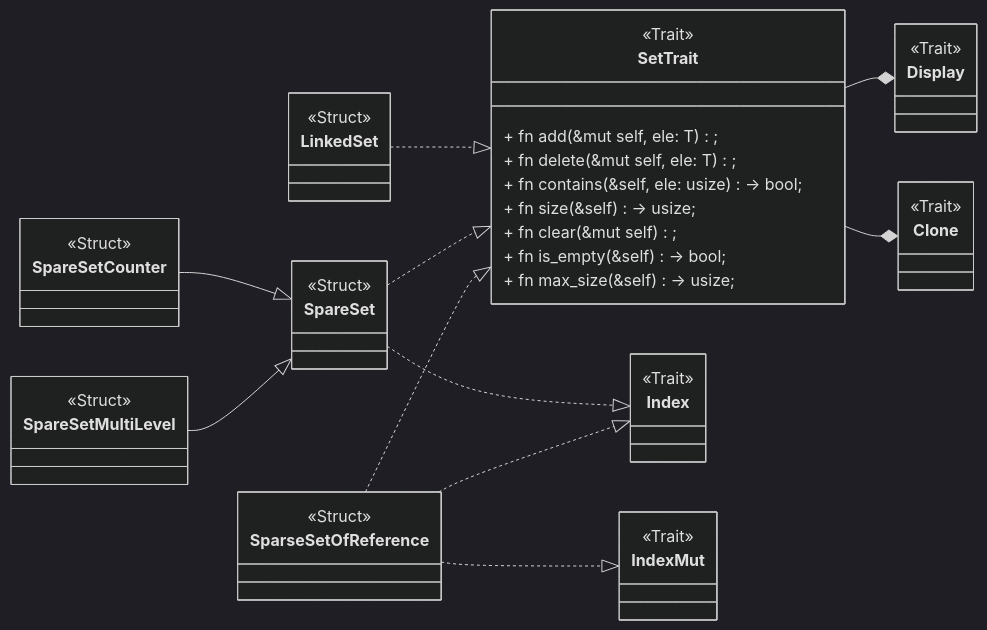
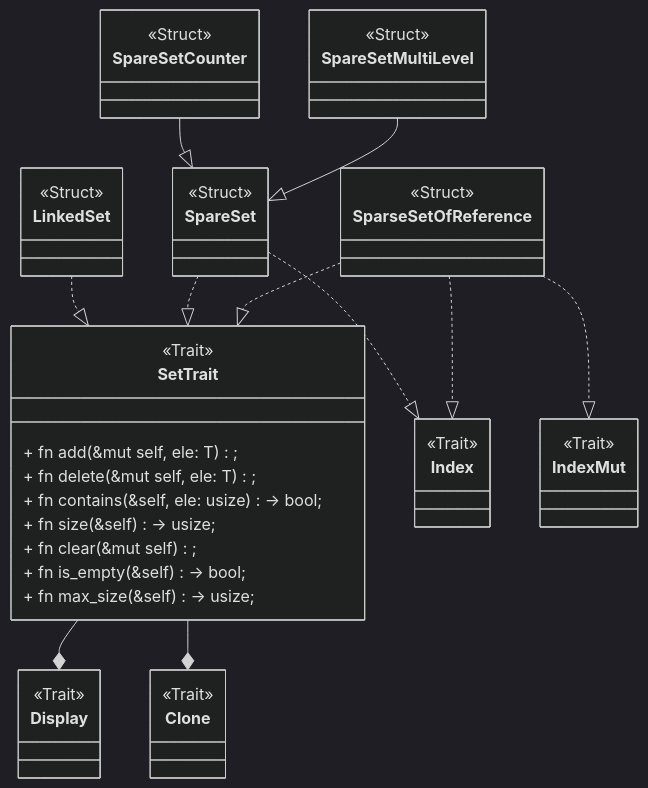
The diagram in src/utils/readme.md (luhanzhen/RuCos), drawn with Mermaid (dark theme) before and after one commit. The commit also changed 40 other files, not shown here.

````diff
--- a/src/utils/readme.md
+++ b/src/utils/readme.md
@@ -3,7 +3,7 @@
 ```mermaid
 
 classDiagram
-direction LR
+    
 
     class Clone {
     <<Trait>>
````
